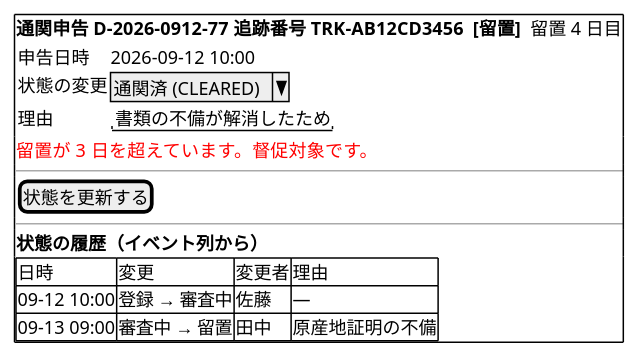
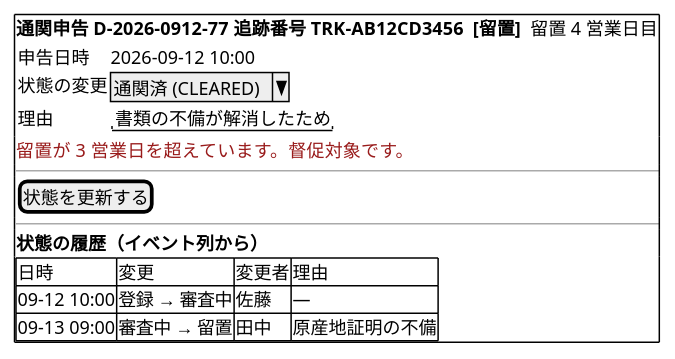
Before and after one commit to k2works/case-study-cargo-tracker: diagram 14 of 20 in docs/design/cargo-tracker/ui_design.md, drawn with PlantUML. The commit also changed other lines of this file and 18 other files, not shown here.

````diff
--- a/docs/design/cargo-tracker/ui_design.md
+++ b/docs/design/cargo-tracker/ui_design.md
@@ -489,22 +663,22 @@
 ```plantuml
 @startsalt
 {+
-  <b>通関申告 D-2026-0912-77  追跡番号 TRK-AB12CD3456  <b>[留置]</b>  留置 4 日目
+  <b>通関申告 D-2026-0912-77  追跡番号 TRK-AB12CD3456  <b>[留置]</b>  留置 4 営業日目
   {
     申告日時 | 2026-09-12 10:00
     状態の変更 | ^通関済 (CLEARED)^
     理由 | "書類の不備が解消したため"
   }
-  <color:red>留置が 3 日を超えています。督促対象です。</color>
+  <color:#991B1B>留置が 3 営業日を超えています。督促対象です。</color>
   ---
   [状態を更新する]
   ---
   <b>状態の履歴（イベント列から）
   {#
     日時 | 変更 | 変更者 | 理由
     09-12 10:00 | 登録 → 審査中 | 佐藤 | —
     09-13 09:00 | 審査中 → 留置 | 田中 | 原産地証明の不備
   }
 }
 @endsalt
 ```
````
